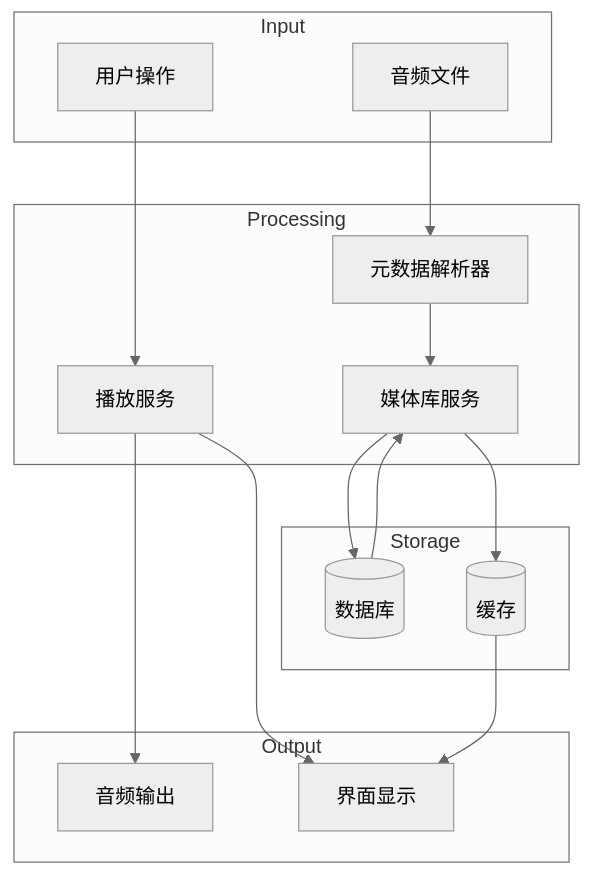
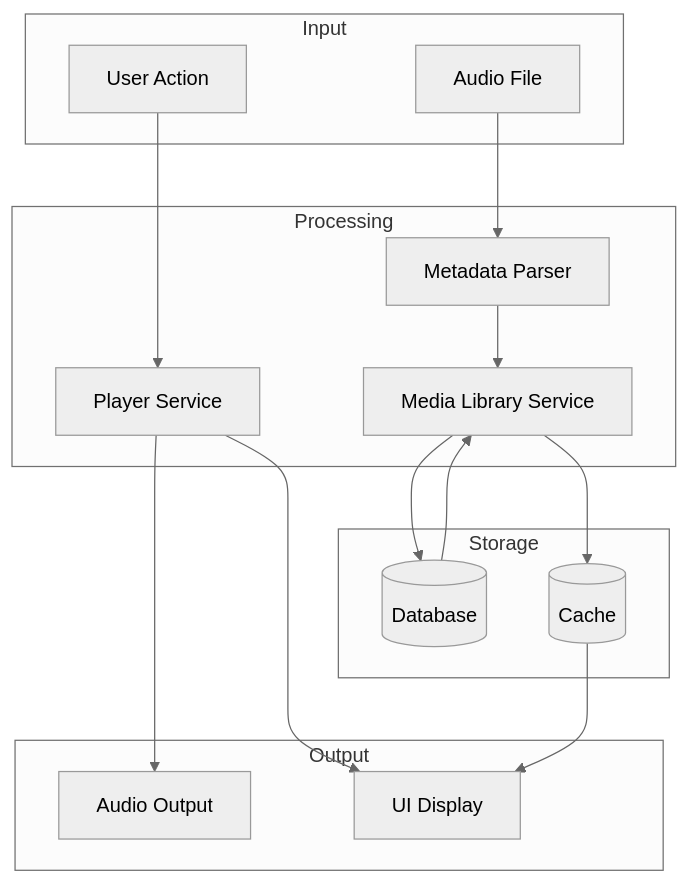
One commit to hangnum/music changed the fourth of 5 diagrams in docs/architecture.md. Above: the diagram before and after it, drawn with Mermaid (neutral theme). The commit also changed other lines of this file and 135 other files, not shown here.

````diff
--- a/docs/architecture.md
+++ b/docs/architecture.md
@@ -478,35 +479,35 @@
 ```mermaid
 flowchart TD
     subgraph Input
-        AF[音频文件]
-        UI[用户操作]
+        AF[Audio File]
+        UI[User Action]
     end
     
     subgraph Processing
-        MD[元数据解析器]
-        PS[播放服务]
-        LS[媒体库服务]
+        MD[Metadata Parser]
+        PS[Player Service]
+        LS[Media Library Service]
     end
     
     subgraph Storage
-        DB[(数据库)]
-        CACHE[(缓存)]
+        DB[(Database)]
+        CACHE[(Cache)]
     end
     
     subgraph Output
-        AUDIO[音频输出]
-        DISPLAY[界面显示]
+        AUDIO[Audio Output]
+        DISPLAY[UI Display]
     end
     
     AF --> MD
     MD --> LS
     LS --> DB
     LS --> CACHE
     
     UI --> PS
     PS --> AUDIO
     PS --> DISPLAY
     
     DB --> LS
     CACHE --> DISPLAY
 ```
````
